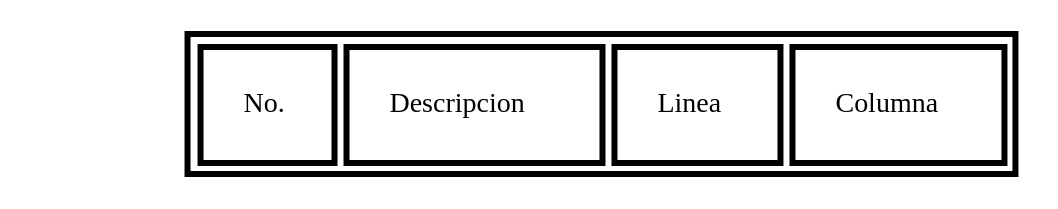
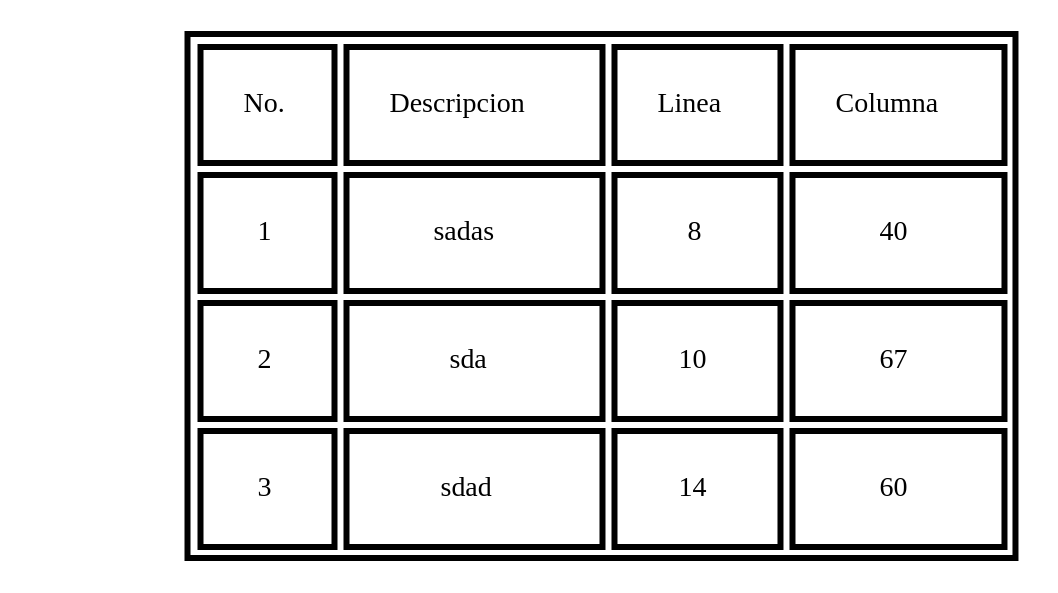
The diagram in sintacticos.dot (kevinmp2/LFP_PROYECTO2_202103206), drawn with Graphviz before and after one commit. The commit also changed 12 other files, not shown here.

```diff
--- a/sintacticos.dot
+++ b/sintacticos.dot
@@ -1,2 +1,2 @@
 digraph G {Start[label="", shape=none]
-a0[shape=none label=<<TABLE align="center" border="3" cellspacing="3" cellpadding="20"><TR><TD><FONT FACE="bold">No.</FONT></TD><TD><FONT FACE="bold">Descripcion</FONT></TD><TD><FONT FACE="bold">Linea</FONT></TD><TD><FONT FACE="bold">Columna</FONT></TD></TR></TABLE>>];}
+a0[shape=none label=<<TABLE align="center" border="3" cellspacing="3" cellpadding="20"><TR><TD><FONT FACE="bold">No.</FONT></TD><TD><FONT FACE="bold">Descripcion</FONT></TD><TD><FONT FACE="bold">Linea</FONT></TD><TD><FONT FACE="bold">Columna</FONT></TD></TR><TR><TD>1</TD><TD>sadas</TD><TD>8</TD><TD>40</TD></TR><TR><TD>2</TD><TD>sda</TD><TD>10</TD><TD>67</TD></TR><TR><TD>3</TD><TD>sdad</TD><TD>14</TD><TD>60</TD></TR></TABLE>>];}
```
